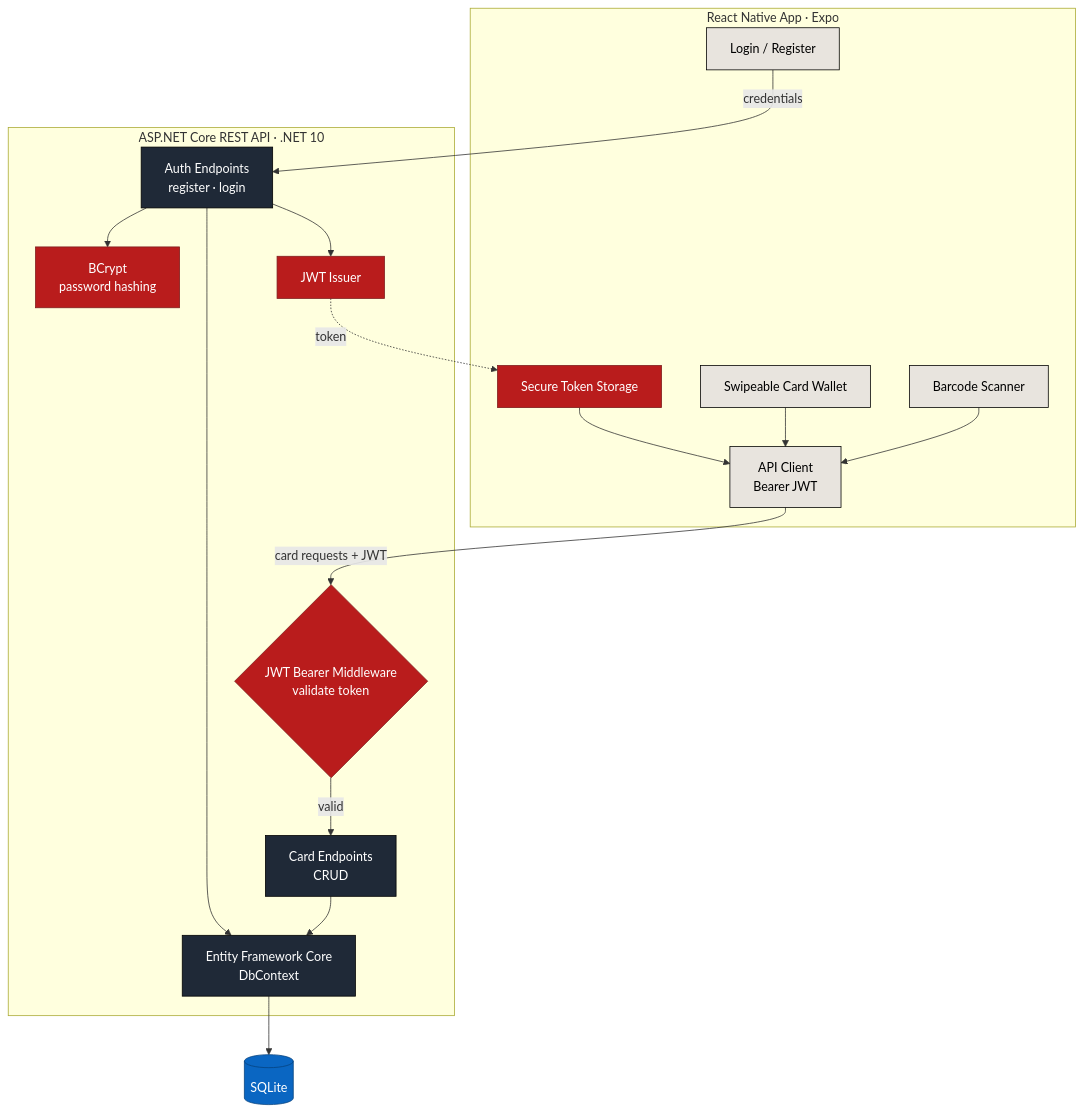
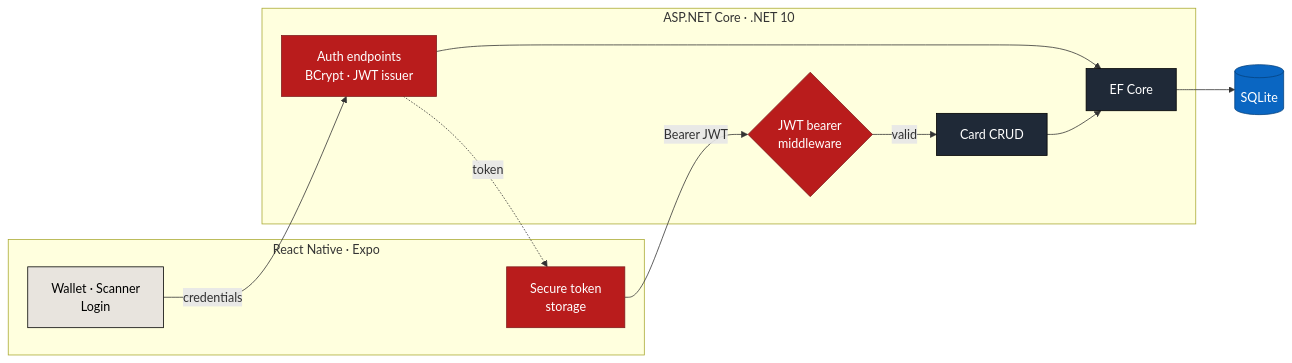
The sixth of 7 diagrams in README.md (StealthyPete12/StealthyPete12), drawn with Mermaid before and after one commit. The commit also changed other lines of this file, not shown here.

Commit message:
updated about me and architecture

````diff
--- a/README.md
+++ b/README.md
@@ -713,43 +600,28 @@
 ```mermaid
-flowchart TB
-    subgraph APP["React Native App · Expo"]
-        AUTHUI["Login / Register"]
-        WALLET["Swipeable Card Wallet"]
-        SCAN["Barcode Scanner"]
-        STORE["Secure Token Storage"]
-        CLIENTAPI["API Client<br/>Bearer JWT"]
+flowchart LR
+    subgraph APP["React Native · Expo"]
+        UI["Wallet · Scanner<br/>Login"]
+        STORE["Secure token<br/>storage"]
     end
-
-    subgraph API["ASP.NET Core REST API · .NET 10"]
-        AUTHC["Auth Endpoints<br/>register · login"]
-        BCRYPT["BCrypt<br/>password hashing"]
-        JWTISSUE["JWT Issuer"]
-        JWTMW{"JWT Bearer Middleware<br/>validate token"}
-        CARDS["Card Endpoints<br/>CRUD"]
-        EF["Entity Framework Core<br/>DbContext"]
+    subgraph API["ASP.NET Core · .NET 10"]
+        AUTHC["Auth endpoints<br/>BCrypt · JWT issuer"]
+        JWTMW{"JWT bearer<br/>middleware"}
+        CARDS["Card CRUD"]
+        EF["EF Core"]
     end
-
     DB[("SQLite")]
 
-    AUTHUI -->|credentials| AUTHC
-    AUTHC --> BCRYPT
-    AUTHC --> JWTISSUE
-    JWTISSUE -.->|token| STORE
-    STORE --> CLIENTAPI
-    WALLET --> CLIENTAPI
-    SCAN --> CLIENTAPI
-    CLIENTAPI -->|card requests + JWT| JWTMW
-    JWTMW -->|valid| CARDS
-    AUTHC --> EF
-    CARDS --> EF
-    EF --> DB
+    UI -->|credentials| AUTHC
+    AUTHC -.->|token| STORE
+    STORE -->|Bearer JWT| JWTMW -->|valid| CARDS
+    AUTHC & CARDS --> EF --> DB
 
     classDef client fill:#E8E4DE,stroke:#000,color:#000
     classDef core fill:#1F2937,stroke:#000,color:#fff
     classDef security fill:#B91C1C,stroke:#7F1D1D,color:#fff
     classDef data fill:#0A66C2,stroke:#06427F,color:#fff
-    class AUTHUI,WALLET,SCAN,CLIENTAPI client
-    class AUTHC,CARDS,EF core
-    class STORE,BCRYPT,JWTISSUE,JWTMW security
+    class UI client
+    class CARDS,EF core
+    class STORE,AUTHC,JWTMW security
     class DB data
 ```
````
